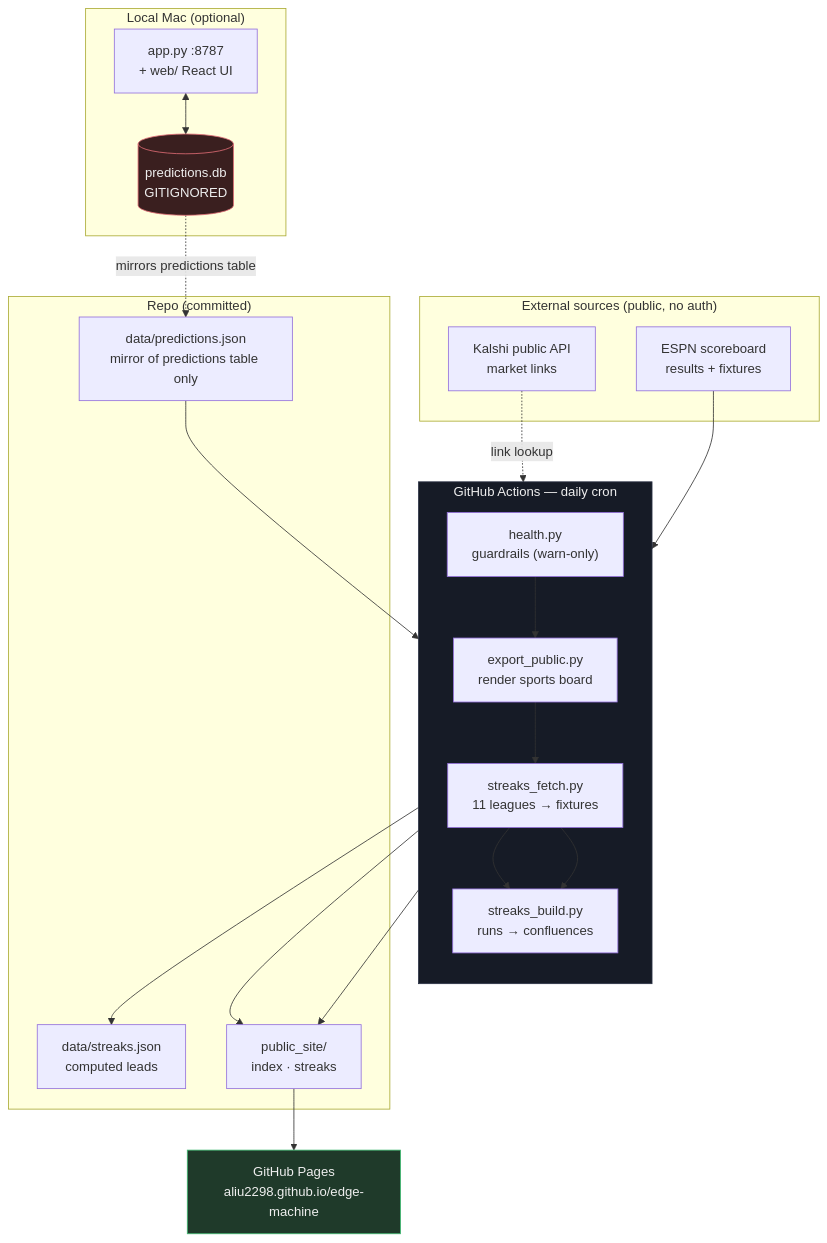
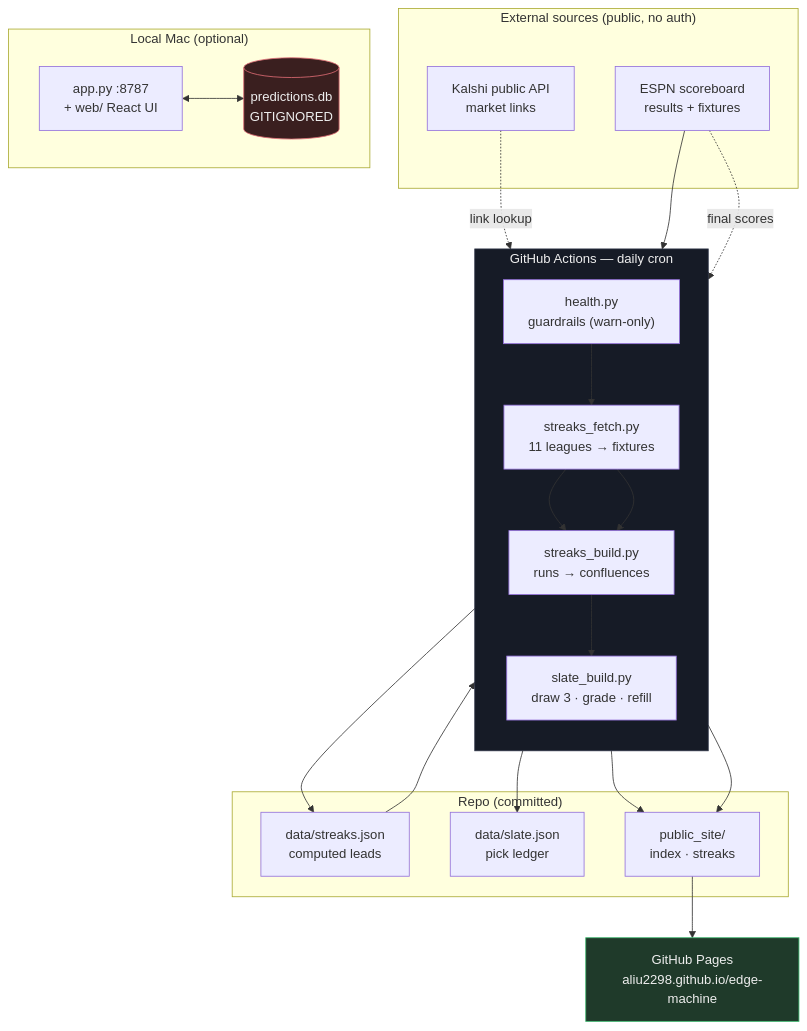
Before and after one commit to aliu2298/edge-machine: the diagram in README.md, drawn with Mermaid. The commit also changed other lines of this file and 11 other files, not shown here.

First line of the commit message:
Replace the Sports board with the auto-drawn slate

````diff
--- a/README.md
+++ b/README.md
@@ -16,42 +16,42 @@
 ```mermaid
 flowchart TB
     subgraph CI["GitHub Actions — daily cron"]
         direction TB
         HC["health.py<br/>guardrails (warn-only)"]
-        EX["export_public.py<br/>render sports board"]
         SF["streaks_fetch.py<br/>11 leagues → fixtures"]
         SB["streaks_build.py<br/>runs → confluences"]
-        HC --> EX --> SF --> SB
+        SL["slate_build.py<br/>draw 3 · grade · refill"]
+        HC --> SF --> SB --> SL
     end
 
     subgraph EXT["External sources (public, no auth)"]
         KAL["Kalshi public API<br/>market links"]
         ESPN["ESPN scoreboard<br/>results + fixtures"]
     end
 
     subgraph REPO["Repo (committed)"]
-        PJ["data/predictions.json<br/>mirror of predictions table only"]
         SJ["data/streaks.json<br/>computed leads"]
+        SLJ["data/slate.json<br/>pick ledger"]
         OUT["public_site/<br/>index · streaks"]
     end
 
     subgraph LOCAL["Local Mac (optional)"]
         APP["app.py :8787<br/>+ web/ React UI"]
         DB[("predictions.db<br/>GITIGNORED")]
         APP <--> DB
     end
 
-    KAL -.link lookup.-> EX
+    KAL -.link lookup.-> SB
     ESPN --> SF
+    ESPN -.final scores.-> SL
 
-    PJ --> EX --> OUT
-    SF --> SB --> SJ
+    SF --> SB --> SJ --> SL --> SLJ
     SB --> OUT
-    DB -.mirrors predictions table.-> PJ
+    SL --> OUT
 
     OUT --> PAGES["GitHub Pages<br/>aliu2298.github.io/edge-machine"]
 
     style DB fill:#3a1f1f,stroke:#e06c75,color:#eee
     style PAGES fill:#1f3a2a,stroke:#3fb970,color:#eee
     style CI fill:#161b26,stroke:#2b3245,color:#eee
 ```
````
